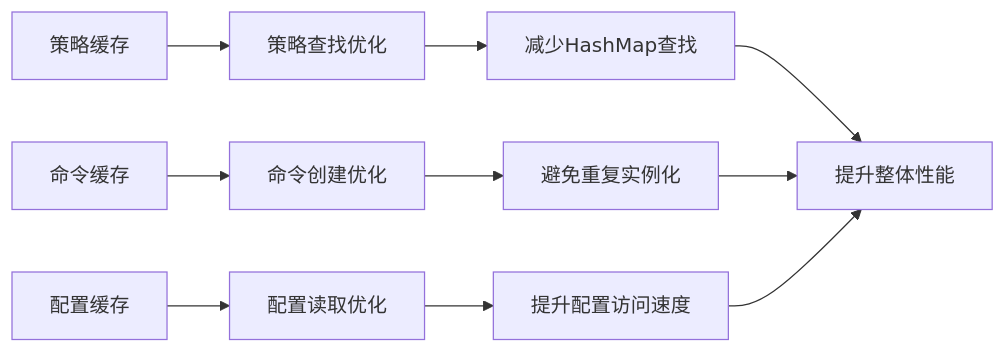
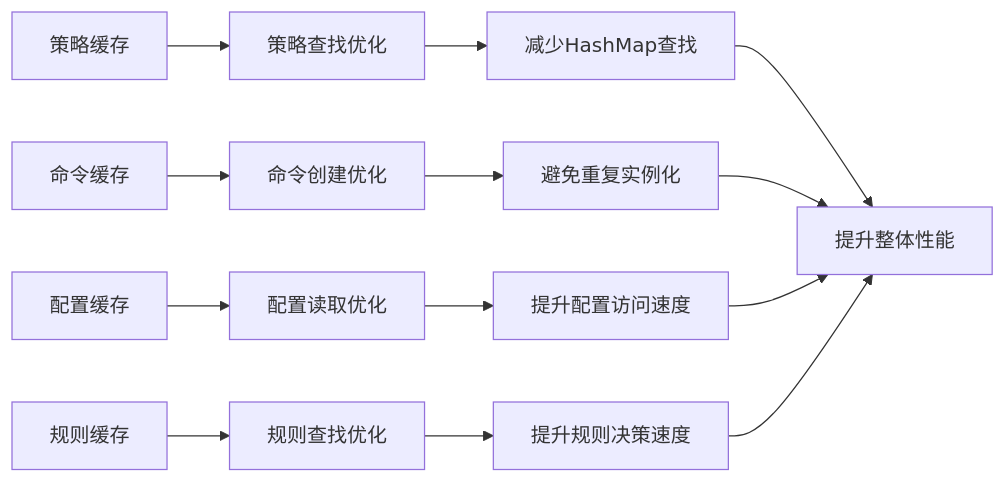
One commit to zhiyue/infinite-scribe changed diagram 37 of 38 in apps/backend/src/agents/orchestrator/README.md. Above: the diagram before and after it, drawn with Mermaid. The commit also changed other lines of this file and 1 other file, not shown here.

````diff
--- a/apps/backend/src/agents/orchestrator/README.md
+++ b/apps/backend/src/agents/orchestrator/README.md
@@ -2005,14 +2322,17 @@
 ```mermaid
 graph LR
     A[策略缓存] --> B[策略查找优化]
     C[命令缓存] --> D[命令创建优化]
     E[配置缓存] --> F[配置读取优化]
+    G[规则缓存] --> H[规则查找优化]
     
-    B --> G[减少HashMap查找]
-    D --> H[避免重复实例化]
-    F --> I[提升配置访问速度]
+    B --> I[减少HashMap查找]
+    D --> J[避免重复实例化]
+    F --> K[提升配置访问速度]
+    H --> L[提升规则决策速度]
     
-    G --> J[提升整体性能]
-    H --> J
-    I --> J
+    I --> M[提升整体性能]
+    J --> M
+    K --> M
+    L --> M
 ```
````
